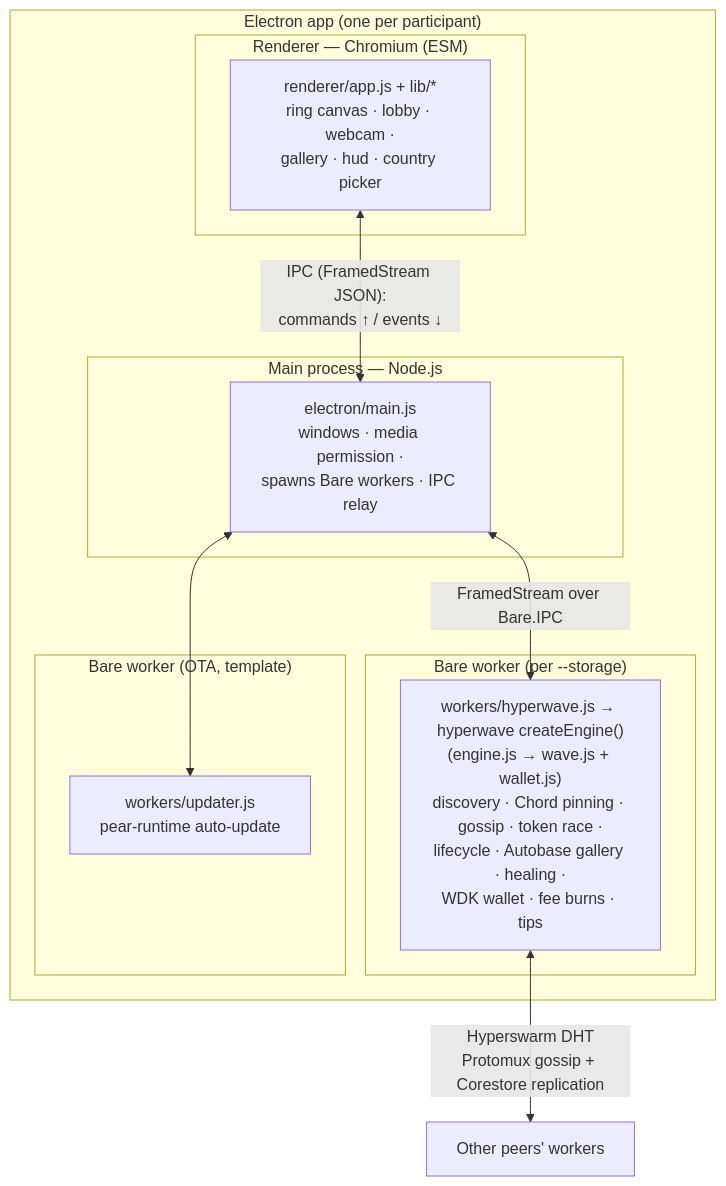
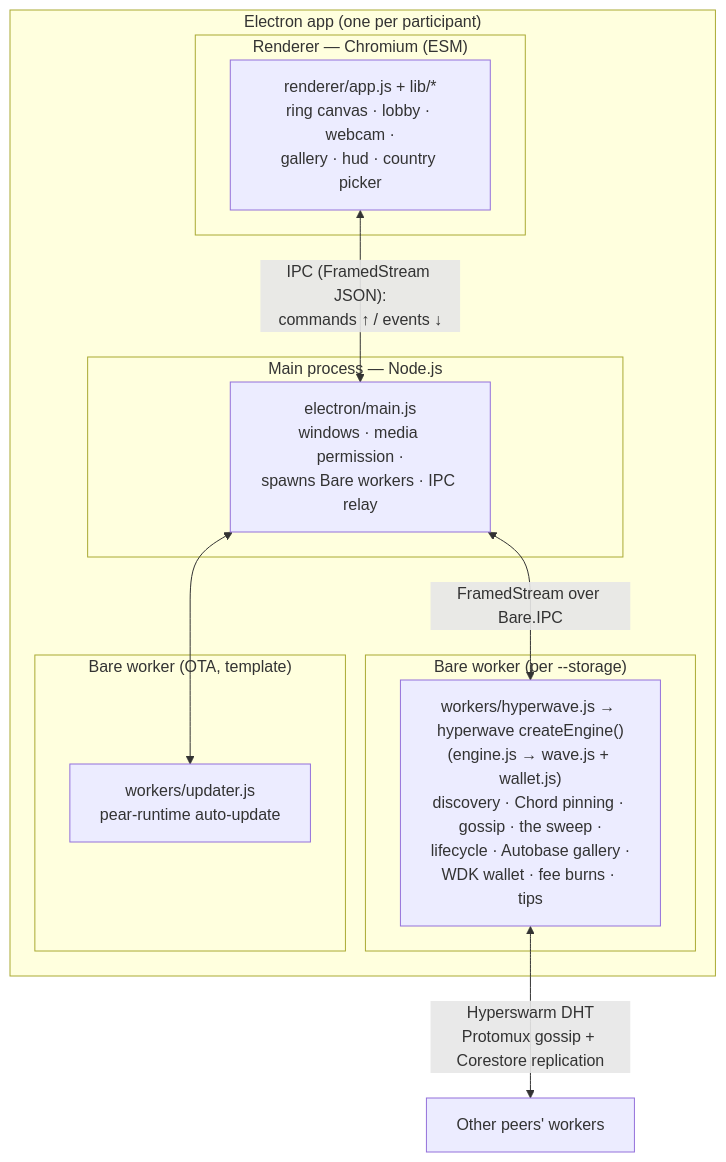
The diagram in docs/architecture.md (mnaamani/hyper-wave), drawn with Mermaid before and after one commit. The commit also changed other lines of this file and 5 other files, not shown here.

````diff
--- a/docs/architecture.md
+++ b/docs/architecture.md
@@ -21,23 +22,23 @@
 ```mermaid
 flowchart TB
   subgraph Electron["Electron app (one per participant)"]
     subgraph Main["Main process — Node.js"]
       M["electron/main.js<br/>windows · media permission ·<br/>spawns Bare workers · IPC relay"]
     end
     subgraph Renderer["Renderer — Chromium (ESM)"]
       R["renderer/app.js + lib/*<br/>ring canvas · lobby · webcam ·<br/>gallery · hud · country picker"]
     end
     subgraph Worker["Bare worker (per --storage)"]
-      W["workers/hyperwave.js → hyperwave createEngine()<br/>(engine.js → wave.js + wallet.js)<br/>discovery · Chord pinning · gossip · token race ·<br/>lifecycle · Autobase gallery · healing ·<br/>WDK wallet · fee burns · tips"]
+      W["workers/hyperwave.js → hyperwave createEngine()<br/>(engine.js → wave.js + wallet.js)<br/>discovery · Chord pinning · gossip · the sweep ·<br/>lifecycle · Autobase gallery ·<br/>WDK wallet · fee burns · tips"]
     end
     subgraph Updater["Bare worker (OTA, template)"]
       U["workers/updater.js<br/>pear-runtime auto-update"]
     end
   end
 
   R <-->|"IPC (FramedStream JSON):<br/>commands ↑ / events ↓"| M
   M <-->|"FramedStream over Bare.IPC"| W
   M <--> U
 
   W <-->|"Hyperswarm DHT<br/>Protomux gossip + Corestore replication"| Peers["Other peers' workers"]
 ```
````
